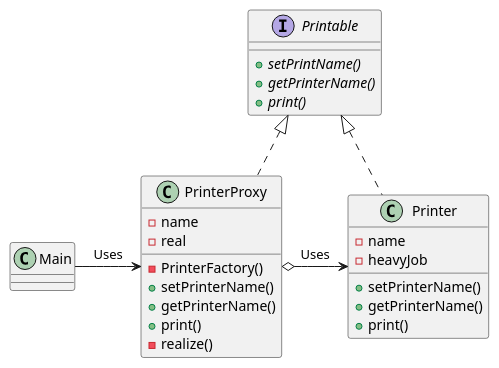
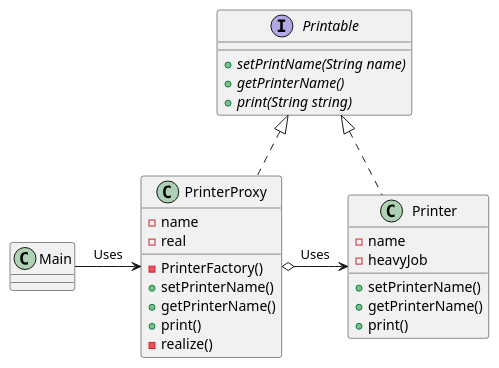
The diagram in Proxy/README.md (ku2ma2/design_pattern), drawn with PlantUML before and after one commit. The commit also changed 2 other files, not shown here.

````diff
--- a/Proxy/README.md
+++ b/Proxy/README.md
@@ -4,39 +4,39 @@
 ```uml
 @startuml
 
 interface Printable {
-    {abstract} +setPrintName()
+    {abstract} +setPrintName(String name)
     {abstract} +getPrinterName()
-    {abstract} +print()
+    {abstract} +print(String string)
 }
 
 class PrinterProxy {
     -name
     -real
     -PrinterFactory()
     +setPrinterName()
     +getPrinterName()
     +print()
     -realize()
 }
 
 class Printer {
     -name
     +setPrinterName()
     +getPrinterName()
     +print()
     -heavyJob
 }
 
 class Main {
     
 }
 
 PrinterProxy .up.|> Printable
 Printer .up.|> Printable
 PrinterProxy o-right-> Printer: Uses
 Main -right-> PrinterProxy: Uses
 
 
 @enduml
 ```
````
